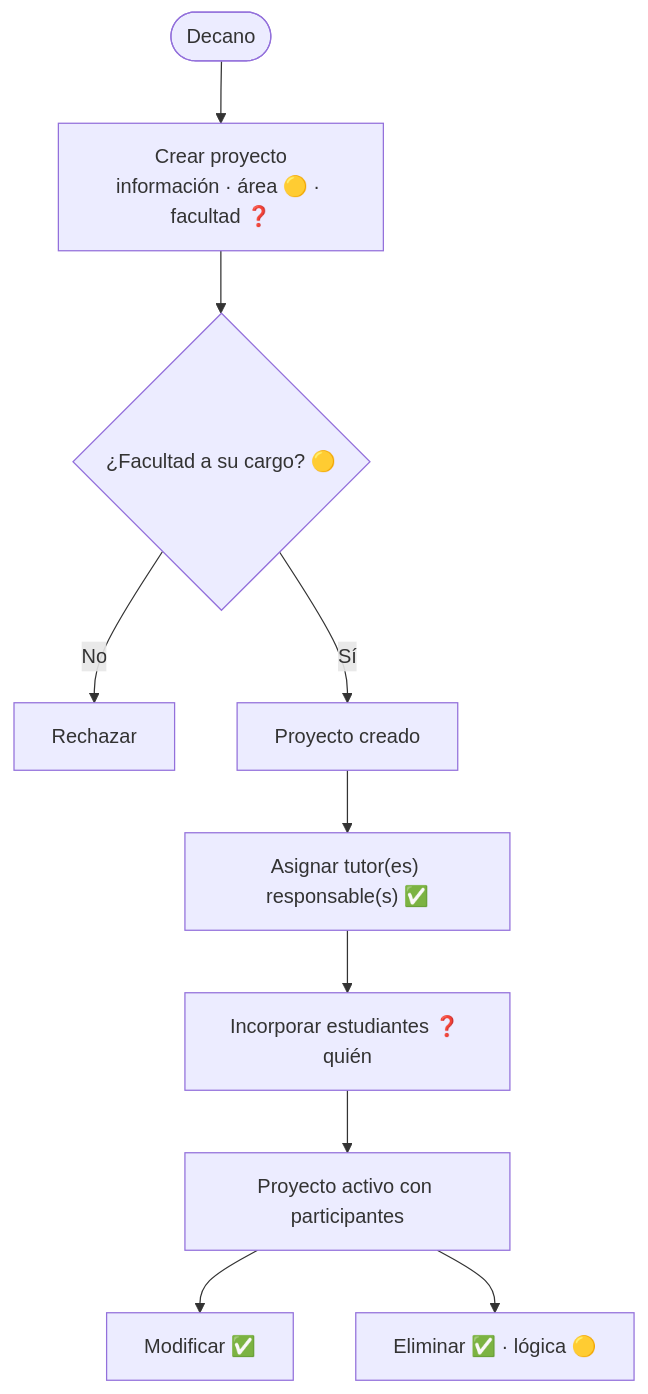
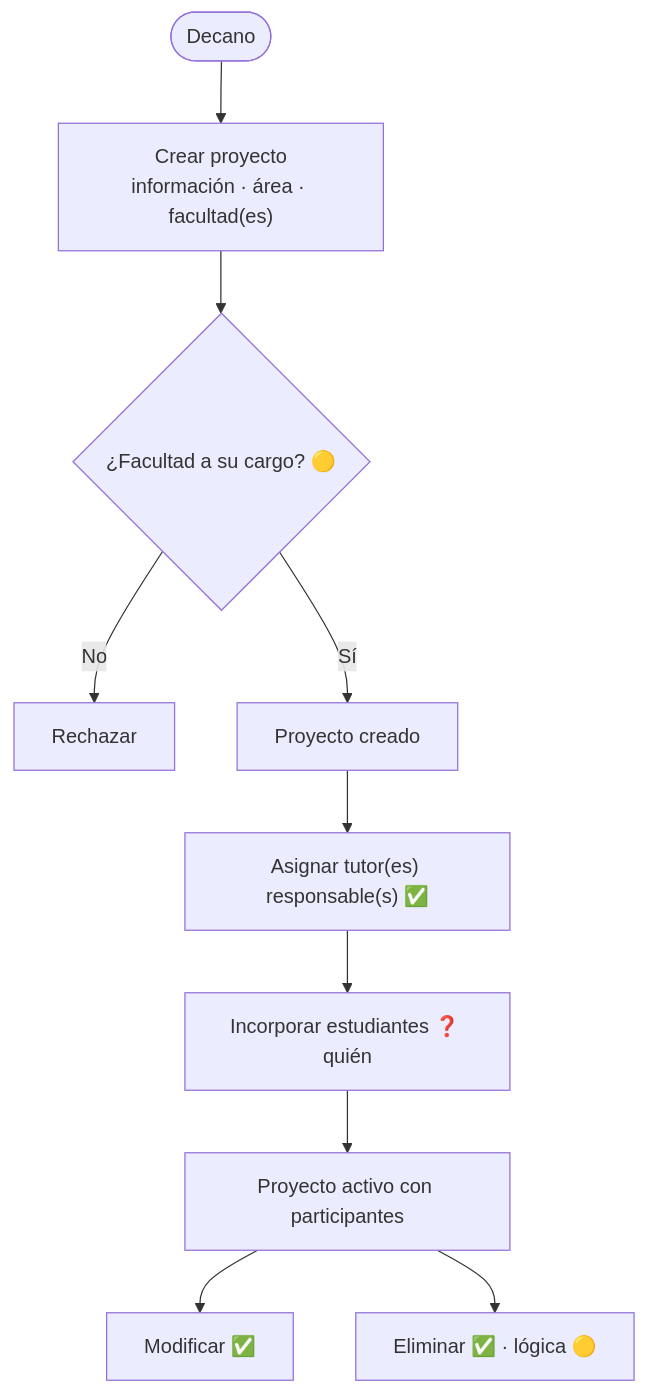
The second of 8 diagrams in docs/domain/workflows.md (Jcortesc03/Gestor-semilleros), drawn with Mermaid before and after one commit. The commit also changed other lines of this file and 24 other files, not shown here.

````diff
--- a/docs/domain/workflows.md
+++ b/docs/domain/workflows.md
@@ -36,12 +36,12 @@
 ```mermaid
 flowchart TD
-    A([Decano]) --> B["Crear proyecto<br/>información · área 🟡 · facultad ❓"]
+    A([Decano]) --> B["Crear proyecto<br/>información · área · facultad(es)"]
     B --> C{"¿Facultad a su cargo? 🟡"}
     C -- No --> X["Rechazar"]
     C -- Sí --> D["Proyecto creado"]
     D --> E["Asignar tutor(es) responsable(s) ✅"]
     E --> F["Incorporar estudiantes ❓ quién"]
     F --> G["Proyecto activo con participantes"]
     G --> H["Modificar ✅"]
     G --> I["Eliminar ✅ · lógica 🟡"]
 ```
````
